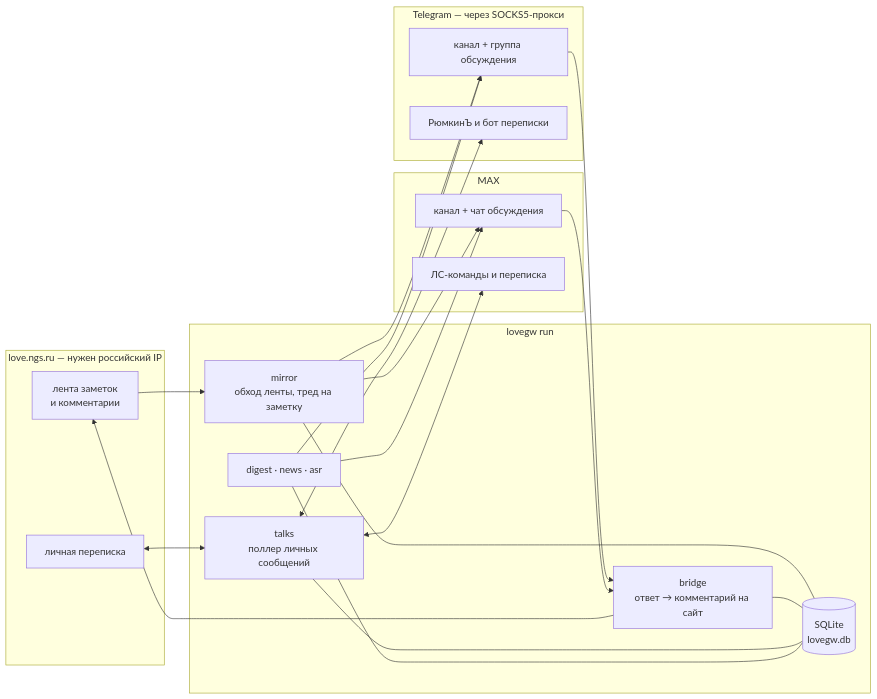
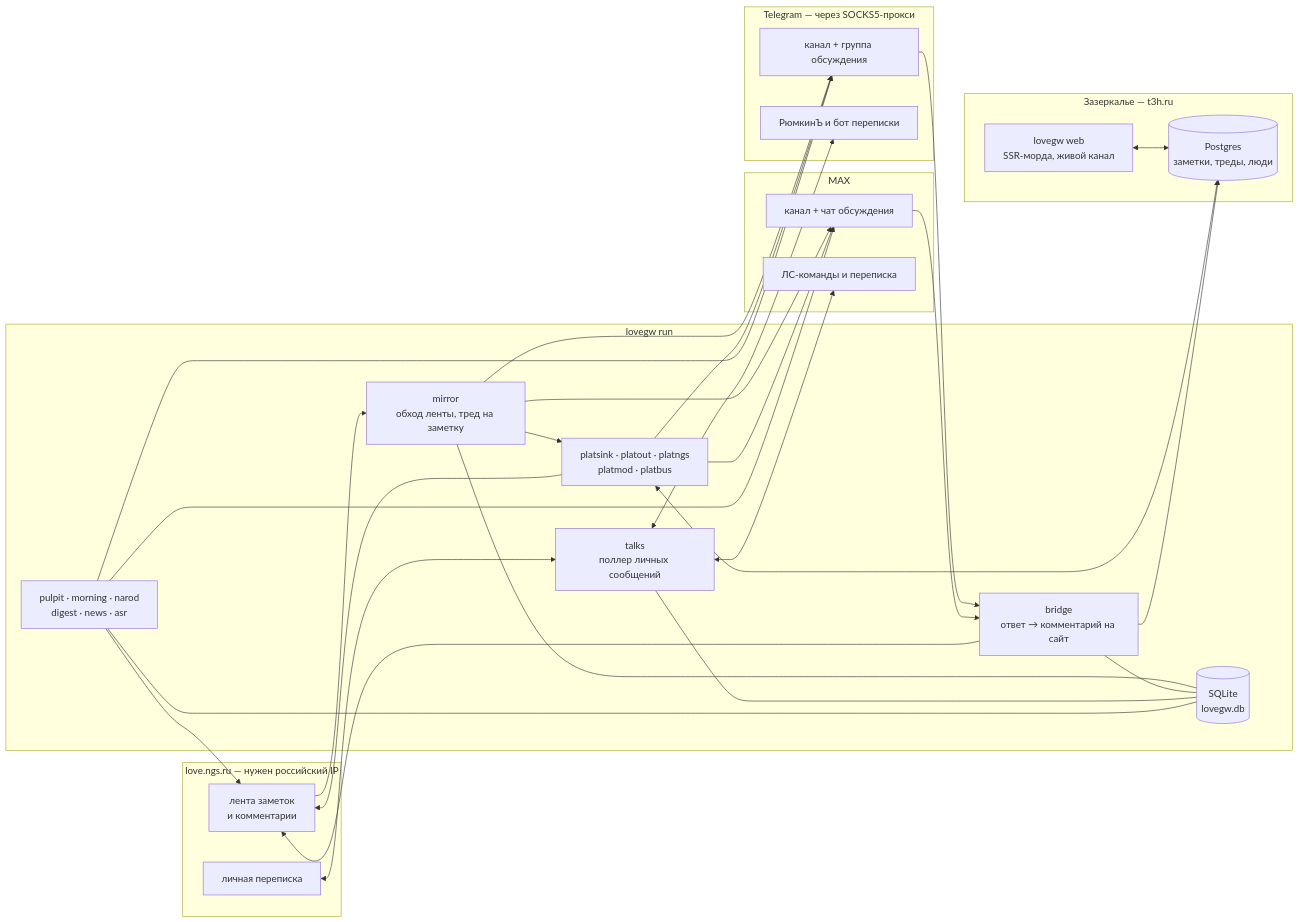
One commit to RunetX/notes-parser changed the diagram in README.md. Above: the diagram before and after it, drawn with Mermaid. The commit also changed other lines of this file, not shown here.

````diff
--- a/README.md
+++ b/README.md
@@ -21,41 +29,55 @@
 ```mermaid
 flowchart LR
     subgraph SITE["love.ngs.ru — нужен российский IP"]
         FEED["лента заметок<br/>и комментарии"]
         PM["личная переписка"]
     end
 
     subgraph DAEMON["lovegw run"]
         MIR["mirror<br/>обход ленты, тред на заметку"]
         BR["bridge<br/>ответ → комментарий на сайт"]
         TALKS["talks<br/>поллер личных сообщений"]
-        DIG["digest · news · asr"]
+        SVC["pulpit · morning · narod<br/>digest · news · asr"]
+        OUT["platsink · platout · platngs<br/>platmod · platbus"]
         DB[("SQLite<br/>lovegw.db")]
+    end
+
+    subgraph PLAT["Зазеркалье — t3h.ru"]
+        WEB["lovegw web<br/>SSR-морда, живой канал"]
+        PG[("Postgres<br/>заметки, треды, люди")]
     end
 
     subgraph TG["Telegram — через SOCKS5-прокси"]
         TGCH["канал + группа обсуждения"]
         TGDM["РюмкинЪ и бот переписки"]
     end
 
     subgraph MAX["MAX"]
         MXCH["канал + чат обсуждения"]
         MXDM["ЛС-команды и переписка"]
     end
 
     FEED --> MIR
     MIR --> TGCH
     MIR --> MXCH
+    MIR --> OUT
+    OUT <--> PG
+    OUT --> TGCH
+    OUT --> MXCH
+    OUT --> FEED
+    WEB <--> PG
     TGCH --> BR
     MXCH --> BR
     BR --> FEED
+    BR --> PG
     PM <--> TALKS
     TALKS <--> TGDM
     TALKS <--> MXDM
-    DIG --> TGCH
-    DIG --> MXCH
+    SVC --> FEED
+    SVC --> TGCH
+    SVC --> MXCH
     MIR --- DB
     BR --- DB
     TALKS --- DB
-    DIG --- DB
+    SVC --- DB
 ```
````
